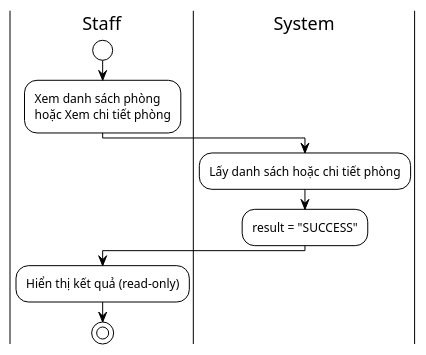
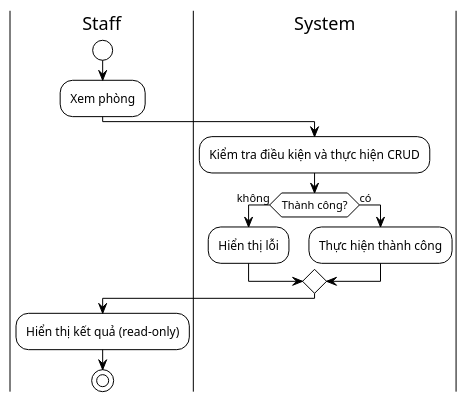
Before and after one commit to AnthanBiPhap/Khachsan: the diagram in Phân tích hệ thống/Sơ đồ hoạt động/ACTIVITY_DIAGRAM_ROOM_STAFF.puml, drawn with PlantUML. The commit also changed 65 other files, not shown here.

```diff
--- a/Phân tích hệ thống/Sơ đồ hoạt động/ACTIVITY_DIAGRAM_ROOM_STAFF.puml
+++ b/Phân tích hệ thống/Sơ đồ hoạt động/ACTIVITY_DIAGRAM_ROOM_STAFF.puml
@@ -1,16 +1,20 @@
 @startuml Activity_Room_Staff
 !theme plain
 
 |Staff|
 start
-:Xem danh sách phòng\nhoặc Xem chi tiết phòng;
+:Xem phòng;
 
 |System|
-:Lấy danh sách hoặc chi tiết phòng;
-:result = "SUCCESS";
+:Kiểm tra điều kiện và thực hiện CRUD;
+if (Thành công?) then (không)
+    :Hiển thị lỗi;
+else (có)
+    :Thực hiện thành công;
+endif
 
 |Staff|
 :Hiển thị kết quả (read-only);
 stop
 
 @enduml
```
